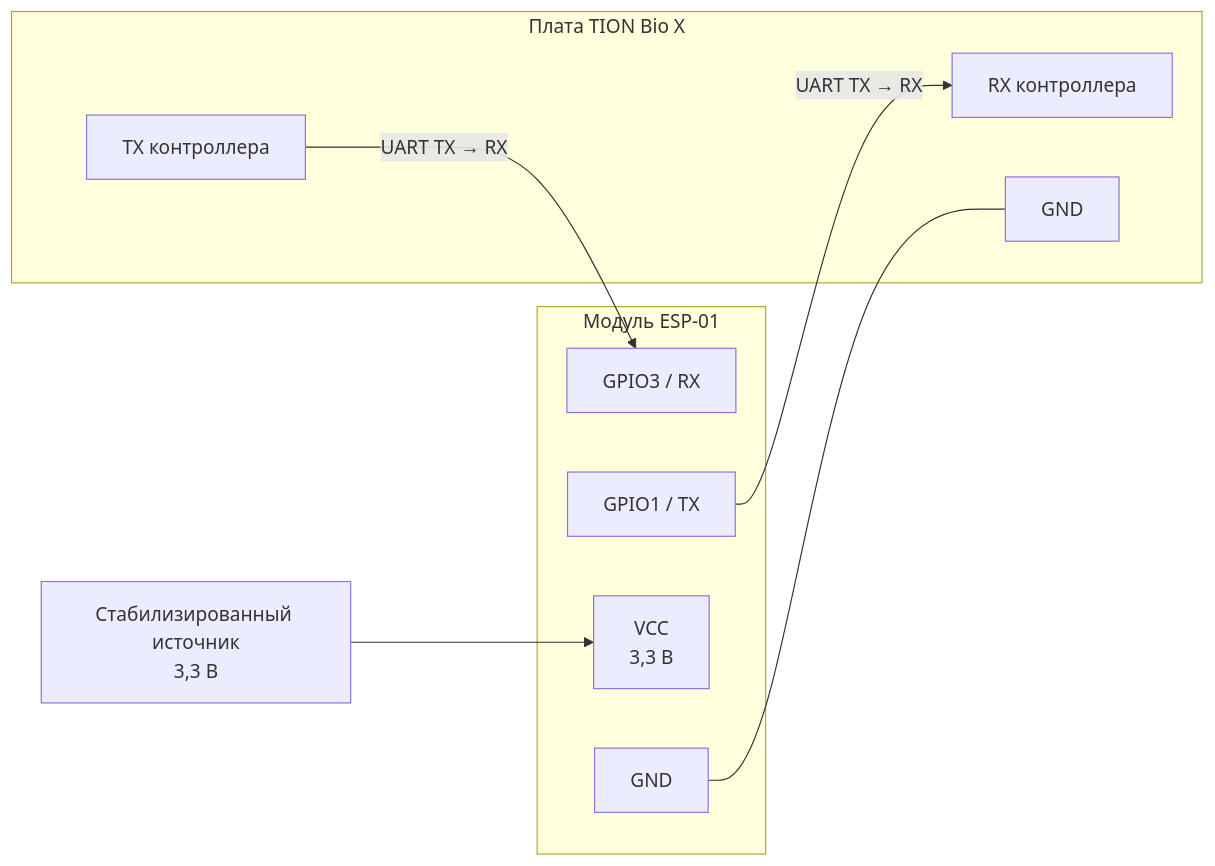
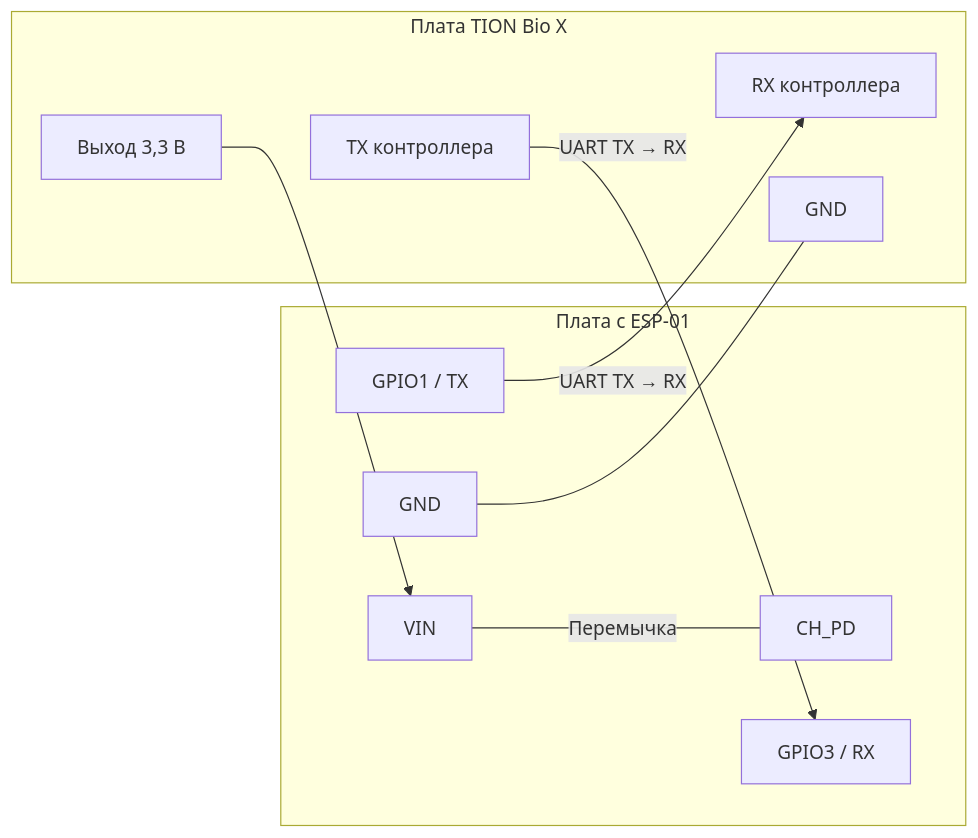
Before and after one commit to infernal2210/TION-BIO-X-ESP: the diagram in docs/hardware.md, drawn with Mermaid. The commit also changed other lines of this file, not shown here.

Commit message:
Update ESP-01 power wiring for TION 3.3V supply

````diff
--- a/docs/hardware.md
+++ b/docs/hardware.md
@@ -7,21 +9,23 @@
 ```mermaid
 flowchart LR
-    subgraph ESP["Модуль ESP-01"]
-        E3["VCC<br/>3,3 В"]
+    subgraph ESP["Плата с ESP-01"]
+        VIN["VIN"]
+        CH["CH_PD"]
         ET["GPIO1 / TX"]
         ER["GPIO3 / RX"]
         EG["GND"]
     end
 
     subgraph TION["Плата TION Bio X"]
+        P33["Выход 3,3 В"]
         TR["RX контроллера"]
         TT["TX контроллера"]
         TG["GND"]
     end
 
-    PWR["Стабилизированный источник<br/>3,3 В"]
-    PWR --> E3
+    P33 --> VIN
+    VIN ---|"Перемычка"| CH
     ET -->|"UART TX → RX"| TR
     TT -->|"UART TX → RX"| ER
     EG --- TG
 ```
````
